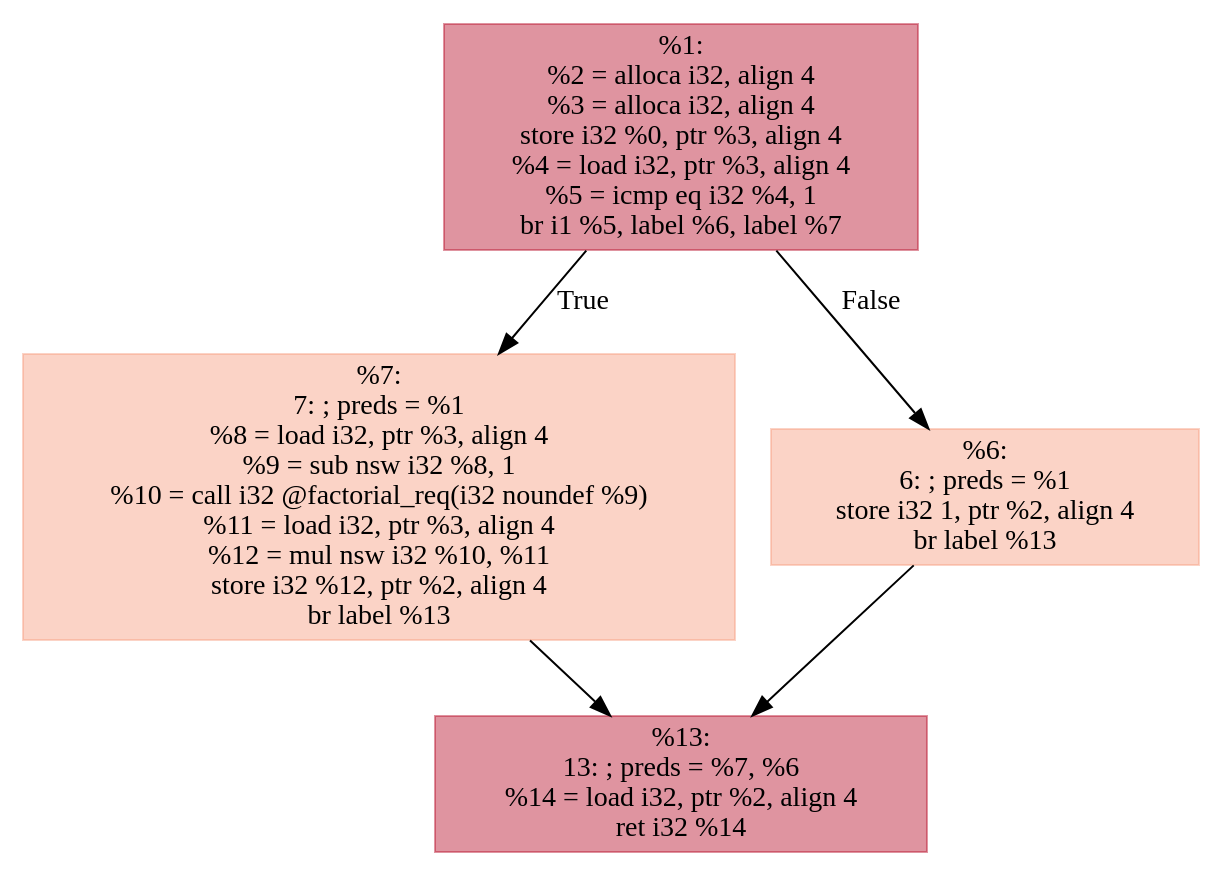
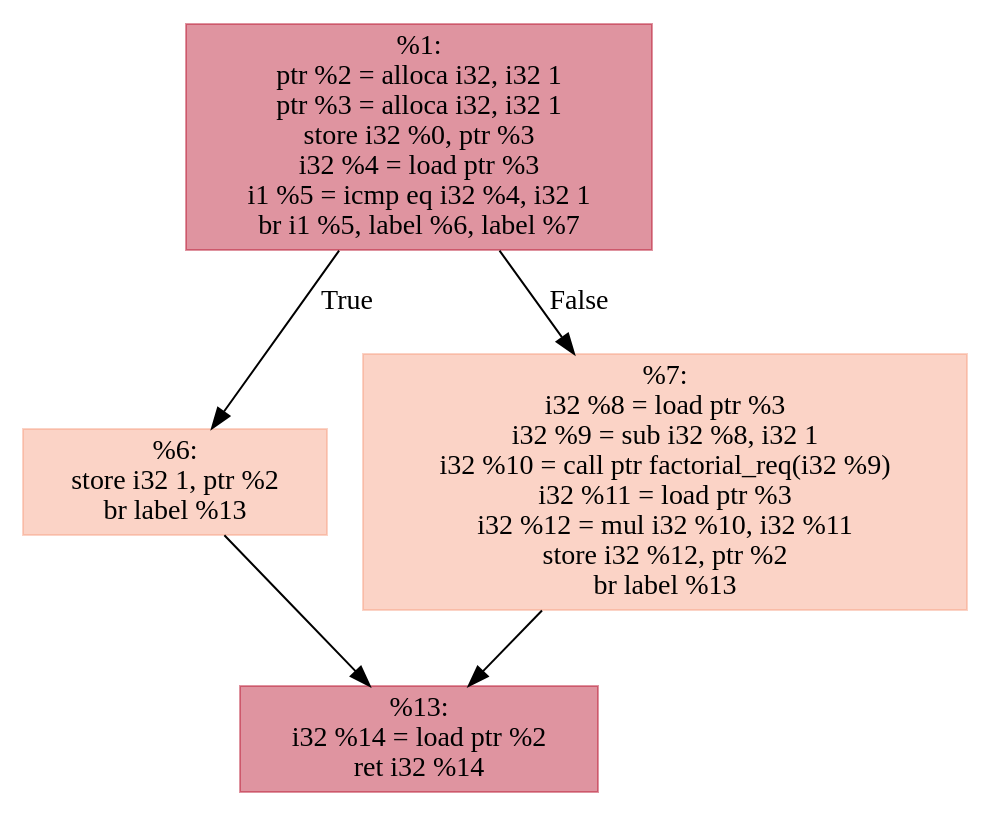
One commit to Papr1ka/llvm2py changed the diagram in examples/cfg.dot. Above: the diagram before and after it, drawn with Graphviz. The commit also changed 23 other files, not shown here.

```diff
--- a/examples/cfg.dot
+++ b/examples/cfg.dot
@@ -1,34 +1,27 @@
 digraph {
-	1 -> 7 [label=True]
-	1 -> 6 [label=False]
+	1 -> 6 [label=True]
+	1 -> 7 [label=False]
 	1 [label="%1:\n
-  %2 = alloca i32, align 4\n
-  %3 = alloca i32, align 4\n
-  store i32 %0, ptr %3, align 4\n
-  %4 = load i32, ptr %3, align 4\n
-  %5 = icmp eq i32 %4, 1\n
-  br i1 %5, label %6, label %7\n
-" color="#b70d2870" shape=record style=filled]
+	ptr %2 = alloca i32, i32 1\n
+	ptr %3 = alloca i32, i32 1\n
+	store i32 %0, ptr %3\n
+	i32 %4 = load ptr %3\n
+	i1 %5 = icmp eq i32 %4, i32 1\n
+	br i1 %5, label %6, label %7" color="#b70d2870" shape=record style=filled]
 	6 -> 13
 	6 [label="%6:\n
-6:                                                ; preds = %1\n
-  store i32 1, ptr %2, align 4\n
-  br label %13\n
-" color="#f59c7d70" shape=record style=filled]
+	store i32 1, ptr %2\n
+	br label %13" color="#f59c7d70" shape=record style=filled]
 	7 -> 13
 	7 [label="%7:\n
-7:                                                ; preds = %1\n
-  %8 = load i32, ptr %3, align 4\n
-  %9 = sub nsw i32 %8, 1\n
-  %10 = call i32 @factorial_req(i32 noundef %9)\n
-  %11 = load i32, ptr %3, align 4\n
-  %12 = mul nsw i32 %10, %11\n
-  store i32 %12, ptr %2, align 4\n
-  br label %13\n
-" color="#f59c7d70" shape=record style=filled]
+	i32 %8 = load ptr %3\n
+	i32 %9 = sub i32 %8, i32 1\n
+	i32 %10 = call ptr factorial_req(i32 %9)\n
+	i32 %11 = load ptr %3\n
+	i32 %12 = mul i32 %10, i32 %11\n
+	store i32 %12, ptr %2\n
+	br label %13" color="#f59c7d70" shape=record style=filled]
 	13 [label="%13:\n
-13:                                               ; preds = %7, %6\n
-  %14 = load i32, ptr %2, align 4\n
-  ret i32 %14\n
-" color="#b70d2870" shape=record style=filled]
+	i32 %14 = load ptr %2\n
+	ret i32 %14" color="#b70d2870" shape=record style=filled]
 }
```
